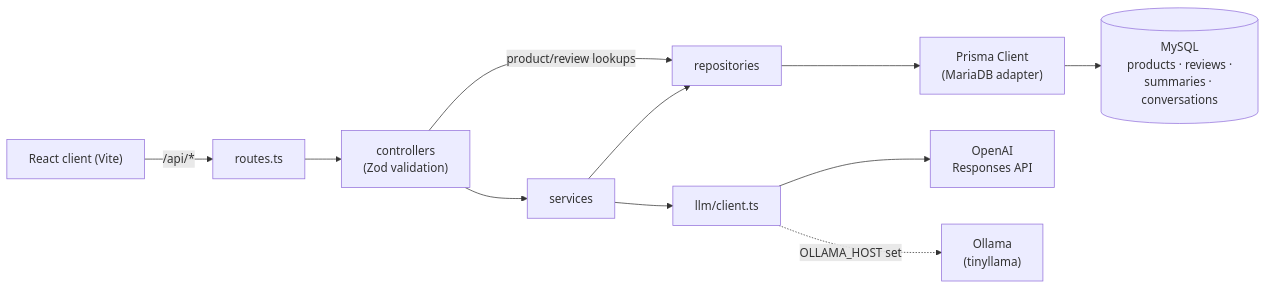
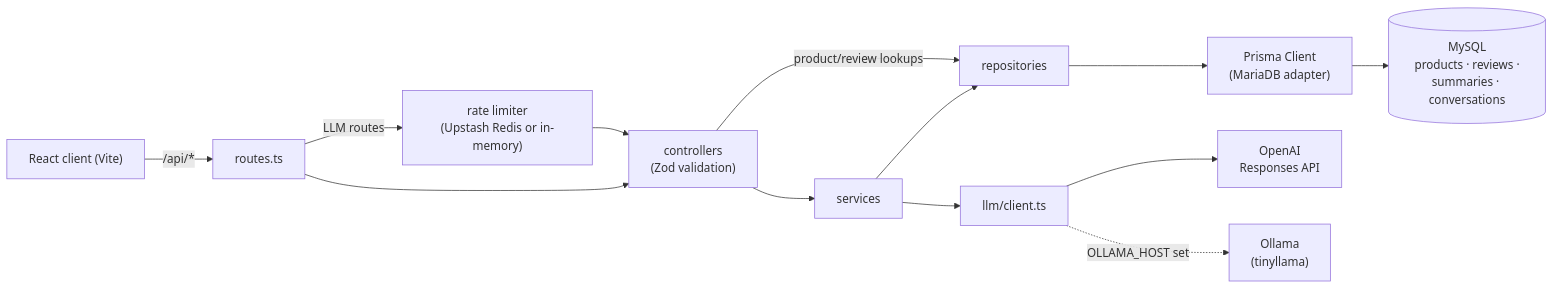
Before and after one commit to MoudarAfifeh/ai-assistant-demo: the diagram in README.md, drawn with Mermaid. The commit also changed other lines of this file and 8 other files, not shown here.

First line of the commit message:
feat: rate limit LLM endpoints with Upstash and show 429s in the UI

````diff
--- a/README.md
+++ b/README.md
@@ -49,13 +52,15 @@
 ```mermaid
 flowchart LR
     UI["React client (Vite)"] -->|"/api/*"| R["routes.ts"]
+    R -->|"LLM routes"| RL["rate limiter<br/>(Upstash Redis or in-memory)"]
+    RL --> C
     R --> C["controllers<br/>(Zod validation)"]
     C --> S["services"]
     C -->|"product/review lookups"| Repo
     S --> Repo["repositories"]
     Repo --> P["Prisma Client<br/>(MariaDB adapter)"]
     P --> DB[("MySQL<br/>products · reviews ·<br/>summaries · conversations")]
     S --> L["llm/client.ts"]
     L --> OAI["OpenAI<br/>Responses API"]
     L -.->|"OLLAMA_HOST set"| OL["Ollama<br/>(tinyllama)"]
 ```
````
